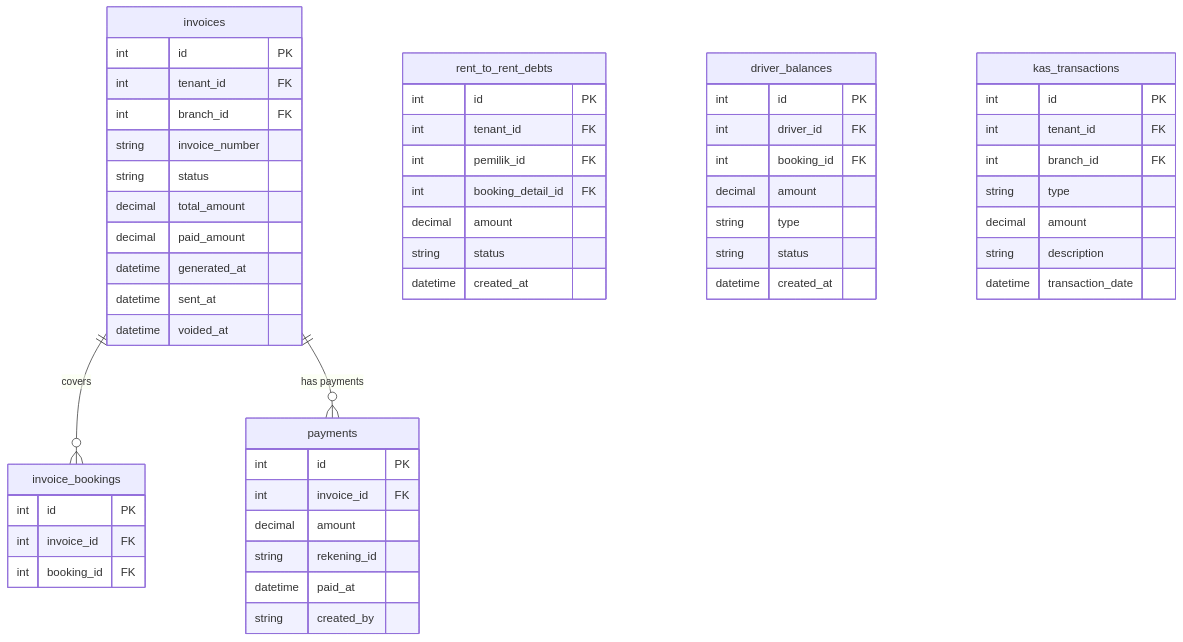
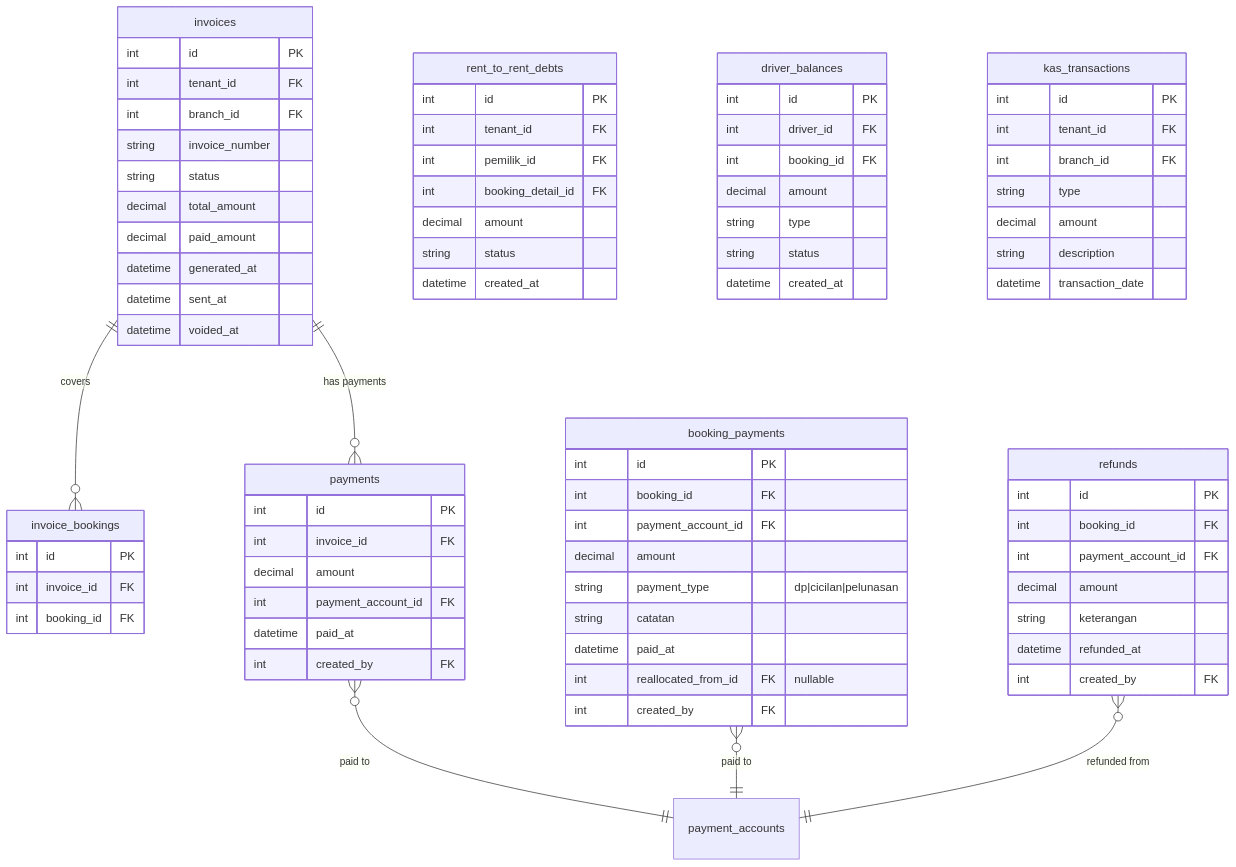
Before and after one commit to it126sig-hash/drent2: the first of 3 diagrams in prd/DRENT_PRD_05_keuangan_cek_fisik.md, drawn with Mermaid. The commit also changed other lines of this file and 108 other files, not shown here.

````diff
--- a/prd/DRENT_PRD_05_keuangan_cek_fisik.md
+++ b/prd/DRENT_PRD_05_keuangan_cek_fisik.md
@@ -108,9 +111,31 @@
         int id PK
         int invoice_id FK
         decimal amount
-        string rekening_id
+        int payment_account_id FK
         datetime paid_at
-        string created_by
+        int created_by FK
+    }
+
+    booking_payments {
+        int id PK
+        int booking_id FK
+        int payment_account_id FK
+        decimal amount
+        string payment_type "dp|cicilan|pelunasan"
+        string catatan
+        datetime paid_at
+        int reallocated_from_id FK "nullable"
+        int created_by FK
+    }
+
+    refunds {
+        int id PK
+        int booking_id FK
+        int payment_account_id FK
+        decimal amount
+        string keterangan
+        datetime refunded_at
+        int created_by FK
     }
 
     rent_to_rent_debts {
@@ -145,4 +170,7 @@
 
     invoices ||--o{ invoice_bookings : "covers"
     invoices ||--o{ payments : "has payments"
+    payments }o--|| payment_accounts : "paid to"
+    booking_payments }o--|| payment_accounts : "paid to"
+    refunds }o--|| payment_accounts : "refunded from"
 ```
````
